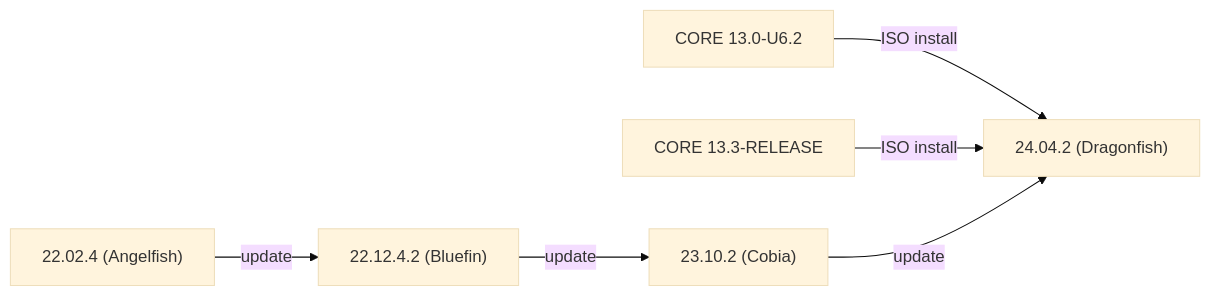
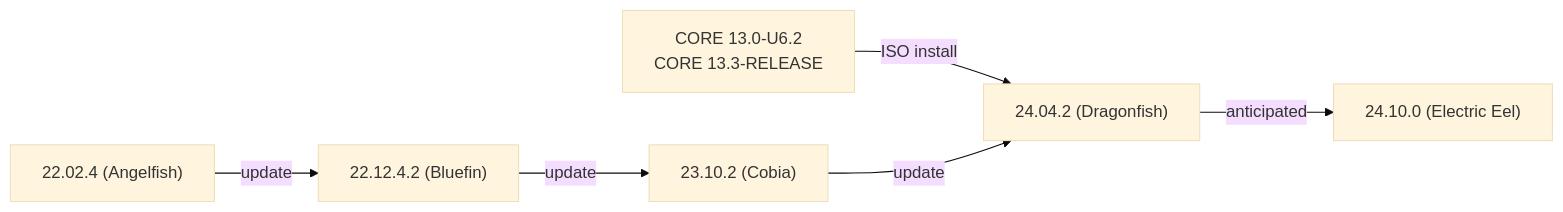
Before and after one commit to truenas/documentation: the first of 2 diagrams in static/includes/SCALEUpgradePaths.md, drawn with Mermaid (base theme). The commit also changed other lines of this file, not shown here.

```diff
--- a/static/includes/SCALEUpgradePaths.md
+++ b/static/includes/SCALEUpgradePaths.md
@@ -12,9 +49,9 @@
-      {{< mermaid class="mermaid_sizing" >}}
-      flowchart LR
-        A["22.02.4 (Angelfish)"] -->|update| C
-        B["CORE 13.0-U6.2"] -->|ISO install| E
-		F["CORE 13.3-RELEASE"] --> |ISO install| E
-        C["22.12.4.2 (Bluefin)"] -->|update| D
-        D["23.10.2 (Cobia)"] -->|update| E
-        E["24.04.2 (Dragonfish)"]
-      {{< /mermaid >}}
+          {{< mermaid class="mermaid_sizing" >}}
+          flowchart LR
+            A["22.02.4 (Angelfish)"] -->|update| C
+            B["CORE 13.0-U6.2<br>CORE 13.3-RELEASE"] -->|ISO install| E
+            C["22.12.4.2 (Bluefin)"] -->|update| D
+            D["23.10.2 (Cobia)"] -->|update| E
+            E["24.04.2 (Dragonfish)"] -->|anticipated| H
+            H["24.10.0 (Electric Eel)"]
+          {{< /mermaid >}}
```
